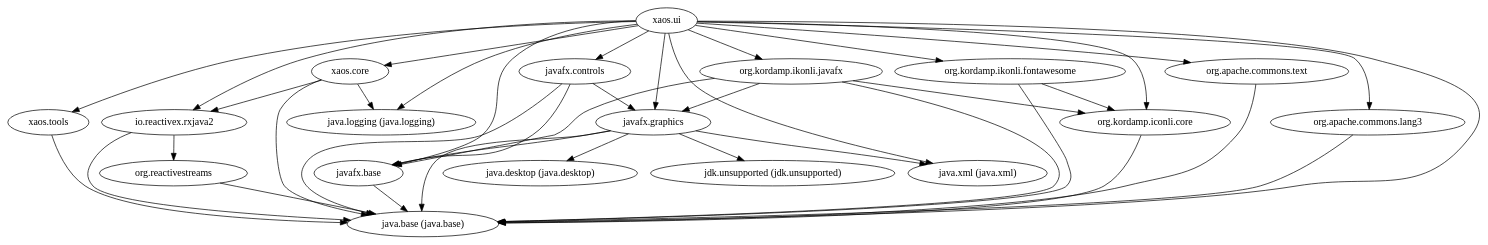
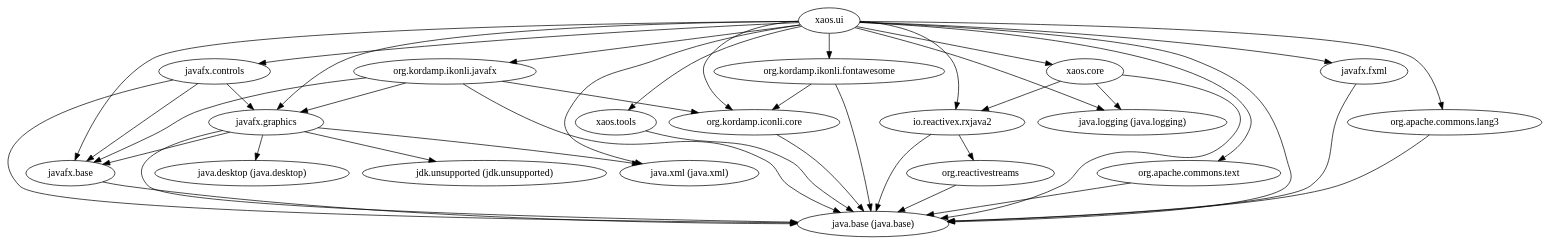
Before and after one commit to ESSICS/XAOS: the diagram in xaos.ui.module/doc/module-dependencies.dot, drawn with Graphviz. The commit also changed 21 other files, not shown here.

```diff
--- a/xaos.ui.module/doc/module-dependencies.dot
+++ b/xaos.ui.module/doc/module-dependencies.dot
@@ -1,41 +1,43 @@
 digraph "summary" {
   "org.apache.commons.lang3"                         -> "java.base (java.base)";
   "xaos.core"                                        -> "io.reactivex.rxjava2";
   "xaos.core"                                        -> "java.base (java.base)";
   "xaos.core"                                        -> "java.logging (java.logging)";
   "org.reactivestreams"                              -> "java.base (java.base)";
   "javafx.base"                                      -> "java.base (java.base)";
   "xaos.tools"                                       -> "java.base (java.base)";
   "javafx.graphics"                                  -> "java.base (java.base)";
   "javafx.graphics"                                  -> "java.desktop (java.desktop)";
   "javafx.graphics"                                  -> "java.xml (java.xml)";
   "javafx.graphics"                                  -> "javafx.base";
   "javafx.graphics"                                  -> "jdk.unsupported (jdk.unsupported)";
   "javafx.controls"                                  -> "java.base (java.base)";
   "javafx.controls"                                  -> "javafx.base";
   "javafx.controls"                                  -> "javafx.graphics";
   "org.kordamp.ikonli.fontawesome"                   -> "java.base (java.base)";
   "org.kordamp.ikonli.fontawesome"                   -> "org.kordamp.iconli.core";
   "org.apache.commons.text"                          -> "java.base (java.base)";
   "org.kordamp.iconli.core"                          -> "java.base (java.base)";
-  "io.reactivex.rxjava2"                             -> "java.base (java.base)";
-  "io.reactivex.rxjava2"                             -> "org.reactivestreams";
   "xaos.ui"                                          -> "io.reactivex.rxjava2";
   "xaos.ui"                                          -> "java.base (java.base)";
   "xaos.ui"                                          -> "java.logging (java.logging)";
   "xaos.ui"                                          -> "java.xml (java.xml)";
   "xaos.ui"                                          -> "javafx.base";
   "xaos.ui"                                          -> "javafx.controls";
+  "xaos.ui"                                          -> "javafx.fxml";
   "xaos.ui"                                          -> "javafx.graphics";
   "xaos.ui"                                          -> "org.apache.commons.lang3";
   "xaos.ui"                                          -> "org.apache.commons.text";
   "xaos.ui"                                          -> "org.kordamp.iconli.core";
   "xaos.ui"                                          -> "org.kordamp.ikonli.fontawesome";
   "xaos.ui"                                          -> "org.kordamp.ikonli.javafx";
   "xaos.ui"                                          -> "xaos.core";
   "xaos.ui"                                          -> "xaos.tools";
+  "io.reactivex.rxjava2"                             -> "java.base (java.base)";
+  "io.reactivex.rxjava2"                             -> "org.reactivestreams";
   "org.kordamp.ikonli.javafx"                        -> "java.base (java.base)";
   "org.kordamp.ikonli.javafx"                        -> "javafx.base";
   "org.kordamp.ikonli.javafx"                        -> "javafx.graphics";
   "org.kordamp.ikonli.javafx"                        -> "org.kordamp.iconli.core";
+  "javafx.fxml"                                      -> "java.base (java.base)";
 }
```
